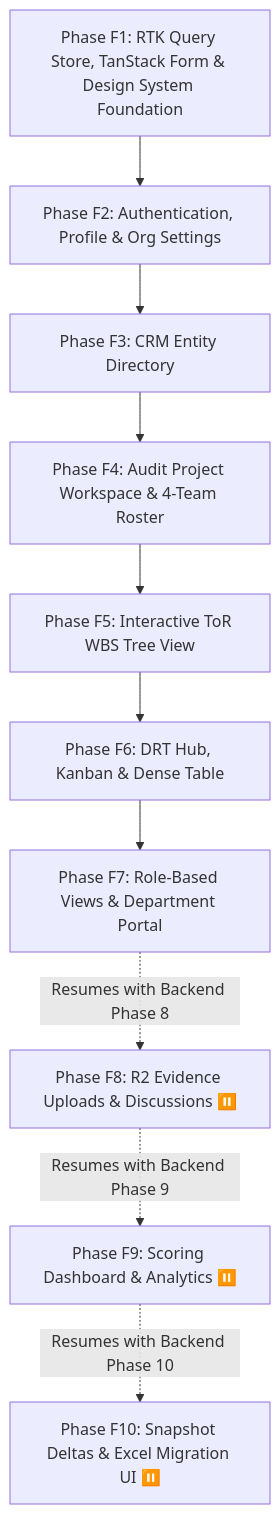
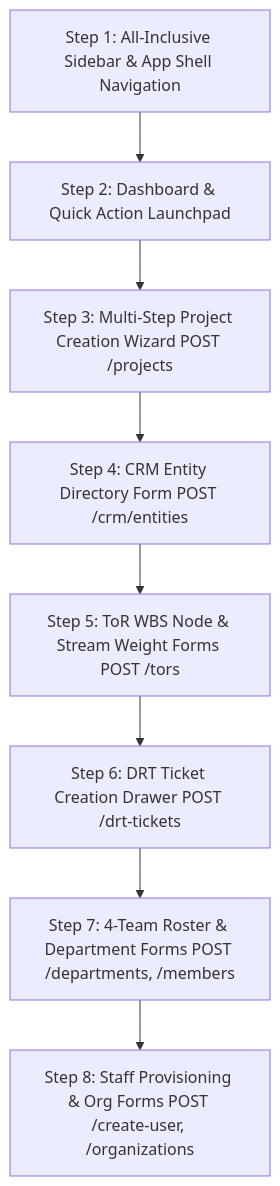
Before and after one commit to AbdurRahman11072/GRC: the diagram in Docs/frontend_implementation_plan.md, drawn with Mermaid. The commit also changed other lines of this file, not shown here.

Commit message:
docs: finalize workflow and form-first frontend plan with custom modals and all sidebar menus

````diff
--- a/Docs/frontend_implementation_plan.md
+++ b/Docs/frontend_implementation_plan.md
@@ -35,12 +36,10 @@
 ```mermaid
 graph TD
-    F1[Phase F1: RTK Query Store, TanStack Form & Design System Foundation] --> F2[Phase F2: Authentication, Profile & Org Settings]
-    F2 --> F3[Phase F3: CRM Entity Directory]
-    F3 --> F4[Phase F4: Audit Project Workspace & 4-Team Roster]
-    F4 --> F5[Phase F5: Interactive ToR WBS Tree View]
-    F5 --> F6[Phase F6: DRT Hub, Kanban & Dense Table]
-    F6 --> F7[Phase F7: Role-Based Views & Department Portal]
-    F7 -.->|Resumes with Backend Phase 8| F8[Phase F8: R2 Evidence Uploads & Discussions ⏸️]
-    F8 -.->|Resumes with Backend Phase 9| F9[Phase F9: Scoring Dashboard & Analytics ⏸️]
-    F9 -.->|Resumes with Backend Phase 10| F10[Phase F10: Snapshot Deltas & Excel Migration UI ⏸️]
+    S1[Step 1: All-Inclusive Sidebar & App Shell Navigation] --> S2[Step 2: Dashboard & Quick Action Launchpad]
+    S2 --> S3[Step 3: Multi-Step Project Creation Wizard POST /projects]
+    S3 --> S4[Step 4: CRM Entity Directory Form POST /crm/entities]
+    S4 --> S5[Step 5: ToR WBS Node & Stream Weight Forms POST /tors]
+    S5 --> S6[Step 6: DRT Ticket Creation Drawer POST /drt-tickets]
+    S6 --> S7[Step 7: 4-Team Roster & Department Forms POST /departments, /members]
+    S7 --> S8[Step 8: Staff Provisioning & Org Forms POST /create-user, /organizations]
 ```
````
